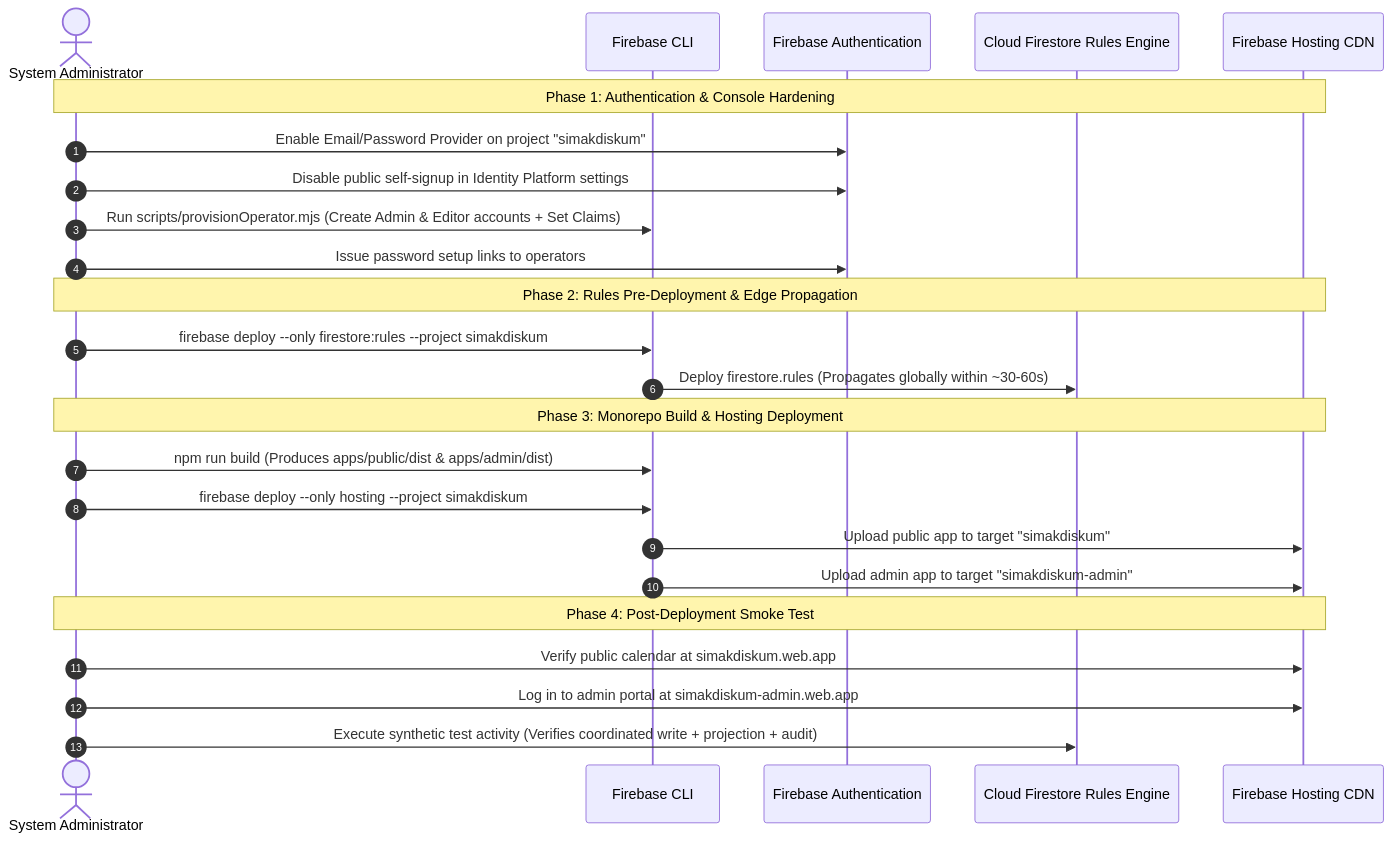
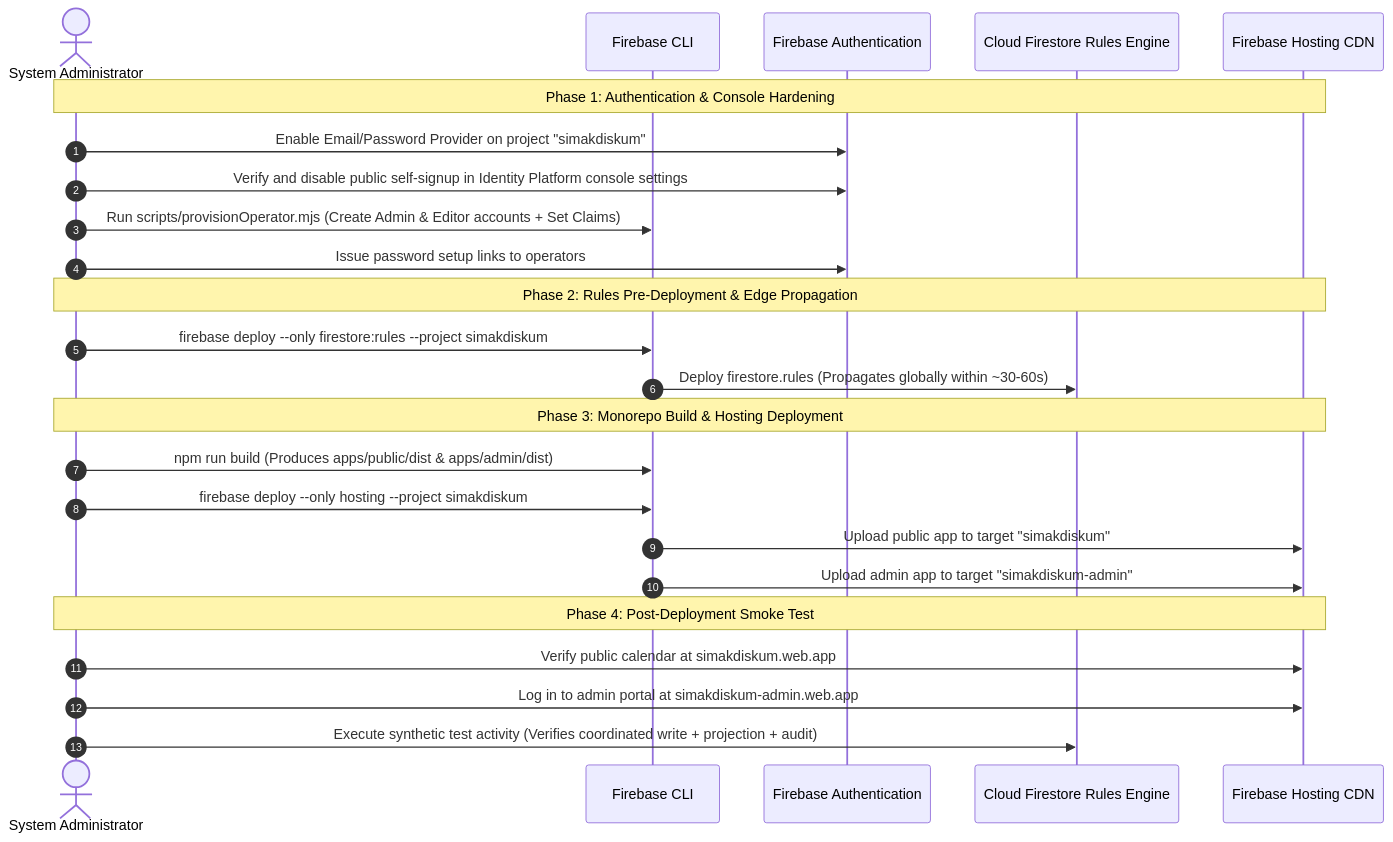
One commit to throwawaybtm/simak-diskum-v5 changed the second of 2 diagrams in department-agenda-firebase/docs/gate5_auth_specification.md. Above: the diagram before and after it, drawn with Mermaid. The commit also changed other lines of this file and 25 other files, not shown here.

````diff
--- a/department-agenda-firebase/docs/gate5_auth_specification.md
+++ b/department-agenda-firebase/docs/gate5_auth_specification.md
@@ -626,30 +687,30 @@
 ```mermaid
 sequenceDiagram
     autonumber
     actor Admin as System Administrator
     participant CLI as Firebase CLI
     participant Auth as Firebase Authentication
     participant Rules as Cloud Firestore Rules Engine
     participant Hosting as Firebase Hosting CDN
 
     Note over Admin,Hosting: Phase 1: Authentication & Console Hardening
     Admin->>Auth: Enable Email/Password Provider on project "simakdiskum"
-    Admin->>Auth: Disable public self-signup in Identity Platform settings
+    Admin->>Auth: Verify and disable public self-signup in Identity Platform console settings
     Admin->>CLI: Run scripts/provisionOperator.mjs (Create Admin & Editor accounts + Set Claims)
     Admin->>Auth: Issue password setup links to operators
 
     Note over Admin,Hosting: Phase 2: Rules Pre-Deployment & Edge Propagation
     Admin->>CLI: firebase deploy --only firestore:rules --project simakdiskum
     CLI->>Rules: Deploy firestore.rules (Propagates globally within ~30-60s)
 
     Note over Admin,Hosting: Phase 3: Monorepo Build & Hosting Deployment
     Admin->>CLI: npm run build (Produces apps/public/dist & apps/admin/dist)
     Admin->>CLI: firebase deploy --only hosting --project simakdiskum
     CLI->>Hosting: Upload public app to target "simakdiskum"
     CLI->>Hosting: Upload admin app to target "simakdiskum-admin"
 
     Note over Admin,Hosting: Phase 4: Post-Deployment Smoke Test
     Admin->>Hosting: Verify public calendar at simakdiskum.web.app
     Admin->>Hosting: Log in to admin portal at simakdiskum-admin.web.app
     Admin->>Rules: Execute synthetic test activity (Verifies coordinated write + projection + audit)
 ```
````
